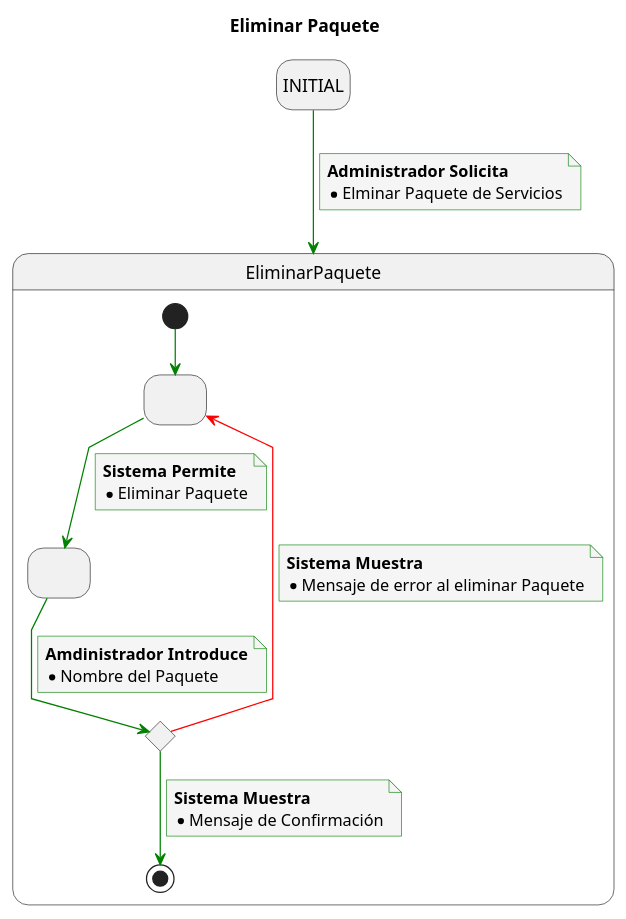
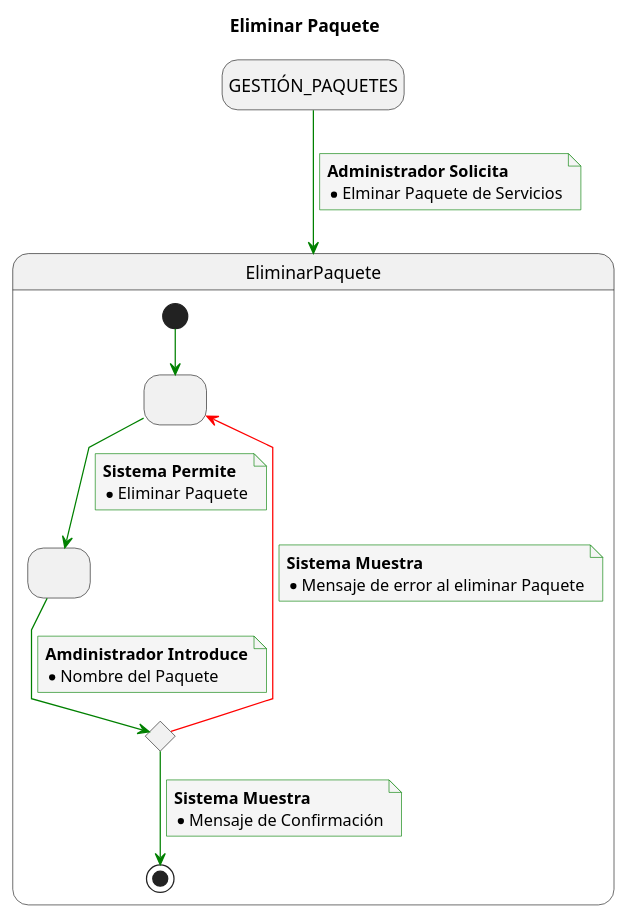
One commit to mmasias/23-24-IdSw1-SDR changed the diagram in Caso_de_Uso/Casos_de_Uso/Usuarios/Administrador/CRUD_Paquetes_de_Servicios/Eliminar_Paquete/EliminarPaquete.puml. Above: the diagram before and after it, drawn with PlantUML. The commit also changed 45 other files, not shown here.

```diff
--- a/Caso_de_Uso/Casos_de_Uso/Usuarios/Administrador/CRUD_Paquetes_de_Servicios/Eliminar_Paquete/EliminarPaquete.puml
+++ b/Caso_de_Uso/Casos_de_Uso/Usuarios/Administrador/CRUD_Paquetes_de_Servicios/Eliminar_Paquete/EliminarPaquete.puml
@@ -1,53 +1,53 @@
 @startuml
 title Eliminar Paquete
 
 skinparam {
     NoteBackgroundColor #whiteSmoke
     ArrowColor #green
     NoteBorderColor #green
     linetype polyline
 }
 
 hide empty description
 
-state startState as "INITIAL"
+state startState as "GESTIÓN_PAQUETES"
 
 startState --> EliminarPaquete
 note on link
     <b>Administrador Solicita</b>
     * Elminar Paquete de Servicios
 end note
 
 state EliminarPaquete{
 state 2 as " "
 state 3 as " "
 state 4 <<choice>>
 
 [*] -down-> 2
 
 2 -down-> 3
 note on link
 <b>Sistema Permite</b>
 * Eliminar Paquete
 end note
 
 3 -down-> 4
 note on link
 <b>Amdinistrador Introduce</b>
 * Nombre del Paquete
 end note
 
 4 -down-> [*]
 note on link
 <b>Sistema Muestra</b>
 * Mensaje de Confirmación
 end note
 
 4 -[#red]-> 2
 note on link
 <b>Sistema Muestra</b>
 * Mensaje de error al eliminar Paquete
 end note
 
 }
 @enduml
```
